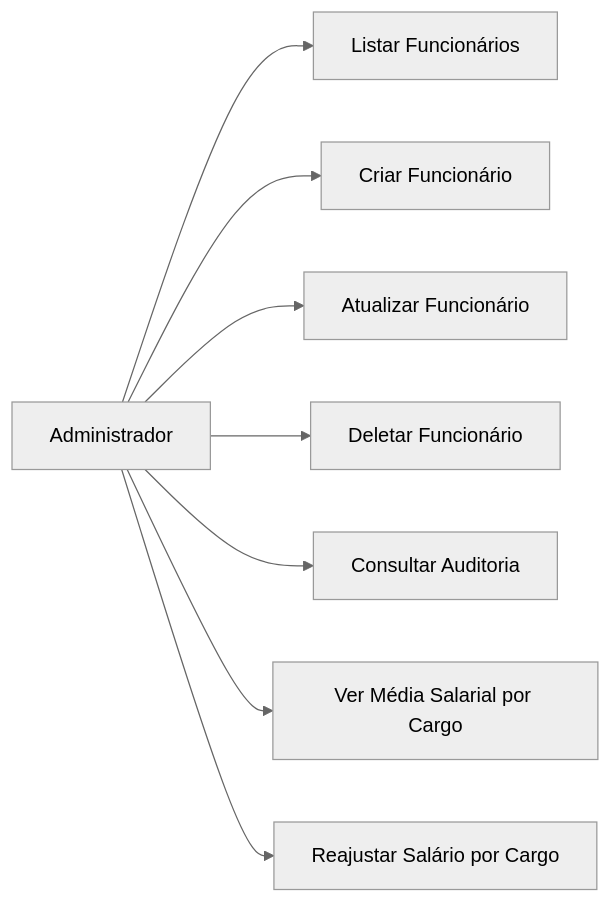
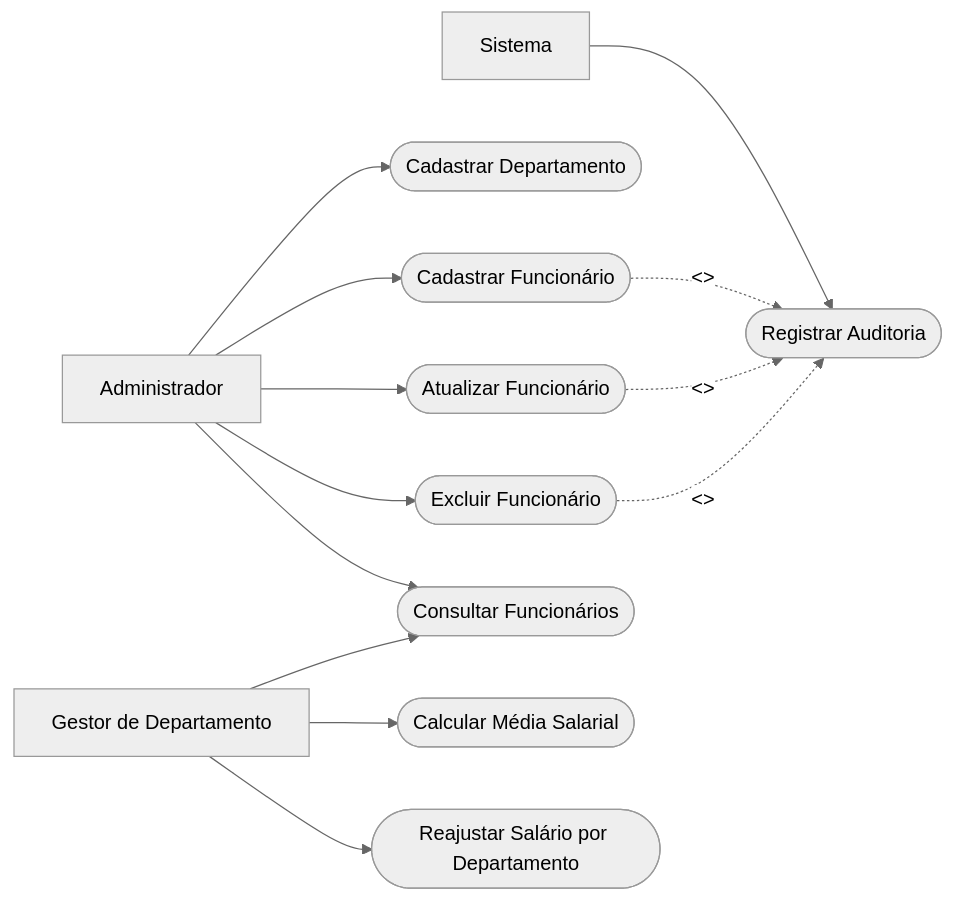
Before and after one commit to Fernanda135/sistema-rh: the diagram in UML.md, drawn with Mermaid. The commit also changed 7 other files, not shown here.

````diff
--- a/UML.md
+++ b/UML.md
@@ -3,21 +3,38 @@
 ```mermaid
 %%{init: {"theme":"neutral"}}%%
 flowchart LR
-    ADM[Administrador]
+    %% Atores
+    Admin["Administrador"]
+    Gestor["Gestor de Departamento"]
+    Sistema["Sistema"]
 
-    UC1[Listar Funcionários]
-    UC2[Criar Funcionário]
-    UC3[Atualizar Funcionário]
-    UC4[Deletar Funcionário]
-    UC5[Consultar Auditoria]
-    UC6[Ver Média Salarial por Cargo]
-    UC7[Reajustar Salário por Cargo]
+    %% Casos de Uso
+    CadastrarDepto(["Cadastrar Departamento"])
+    CadastrarFunc(["Cadastrar Funcionário"])
+    AtualizarFunc(["Atualizar Funcionário"])
+    ExcluirFunc(["Excluir Funcionário"])
+    ConsultarFunc(["Consultar Funcionários"])
+    MediaSalarial(["Calcular Média Salarial"])
+    ReajusteSalarial(["Reajustar Salário por Departamento"])
+    Auditoria(["Registrar Auditoria"])
 
-    ADM --> UC1
-    ADM --> UC2
-    ADM --> UC3
-    ADM --> UC4
-    ADM --> UC5
-    ADM --> UC6
-    ADM --> UC7
+    %% Relações
+    Admin --> CadastrarDepto
+    Admin --> CadastrarFunc
+    Admin --> AtualizarFunc
+    Admin --> ExcluirFunc
+    Admin --> ConsultarFunc
+
+    Gestor --> ConsultarFunc
+    Gestor --> MediaSalarial
+    Gestor --> ReajusteSalarial
+
+    Sistema --> Auditoria
+
+    %% Includes
+    CadastrarFunc -.->|<<include>>| Auditoria
+    AtualizarFunc -.->|<<include>>| Auditoria
+    ExcluirFunc -.->|<<include>>| Auditoria
+
+
 ```
````
